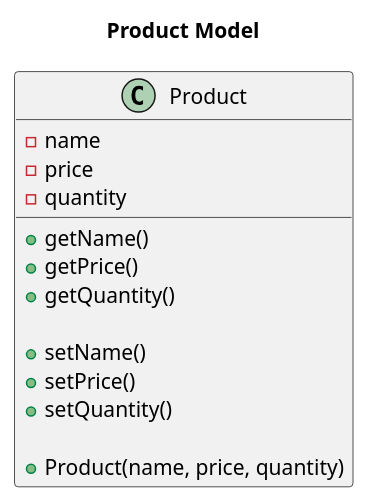
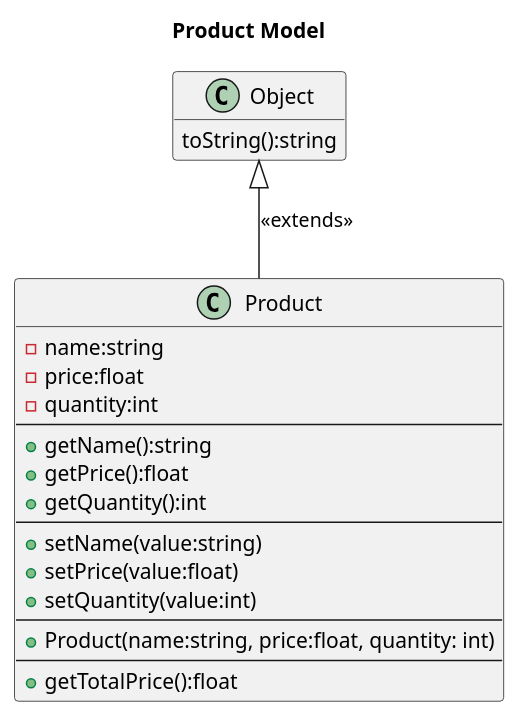
The diagram in Python/productModel.wsd (orayyilmaz16/OOP), drawn with PlantUML before and after one commit. The commit also changed 14 other files, not shown here.

```diff
--- a/Python/productModel.wsd
+++ b/Python/productModel.wsd
@@ -1,19 +1,30 @@
 @startuml class Diagram
 
  title Product Model
  class Product{
-       -name
-       -price 
-       -quantity
-       
-       +getName()
-       +getPrice()
-       +getQuantity()
+       -name:string
+       -price:float
+       -quantity:int
+       --
+       +getName():string
+       +getPrice():float
+       +getQuantity():int
+       --
+       +setName(value:string)
+       +setPrice(value:float)
+       +setQuantity(value:int)
+       --
+       +Product(name:string, price:float, quantity: int)
+       --
+       +getTotalPrice():float
+ }
 
-       +setName()
-       +setPrice()
-       +setQuantity()
+class Object{
+      toString():string
+}
 
-       +Product(name, price, quantity)
- }    
+ Product -up-|> Object : "<<extends>>"
+
+ hide empty members      
+
 @enduml
```
